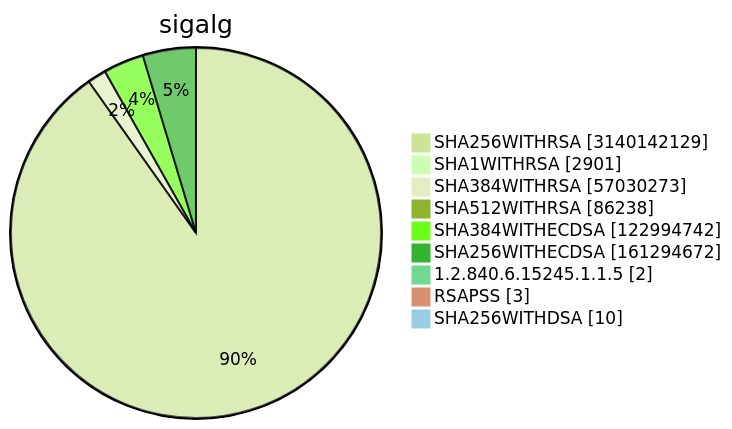
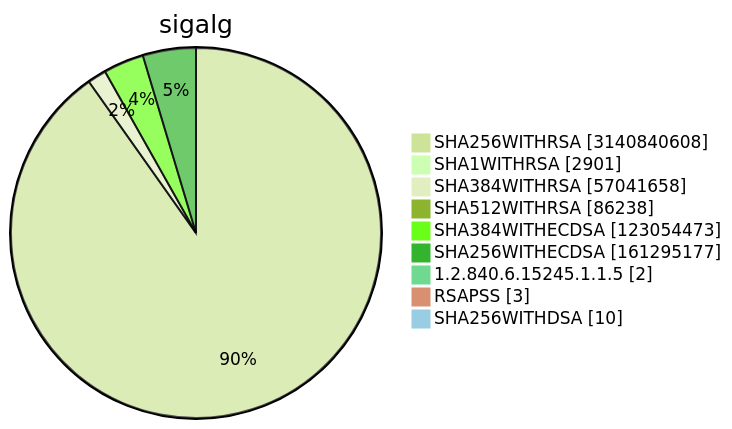
Diagram 15 of 15 in TOTAL/README.md (christiankrug/ctmonitor_visualization), drawn with Mermaid (forest theme) before and after one commit. The commit also changed other lines of this file, not shown here.

````diff
--- a/TOTAL/README.md
+++ b/TOTAL/README.md
@@ -6212,13 +6213,13 @@
 ```mermaid
 pie showData
 title sigalg
-"SHA256WITHRSA" :3140142129
+"SHA256WITHRSA" :3140840608
 "SHA1WITHRSA" :2901
-"SHA384WITHRSA" :57030273
+"SHA384WITHRSA" :57041658
 "SHA512WITHRSA" :86238
-"SHA384WITHECDSA" :122994742
-"SHA256WITHECDSA" :161294672
+"SHA384WITHECDSA" :123054473
+"SHA256WITHECDSA" :161295177
 "1.2.840.6.15245.1.1.5" :2
 "RSAPSS" :3
 "SHA256WITHDSA" :10
 ```
````
